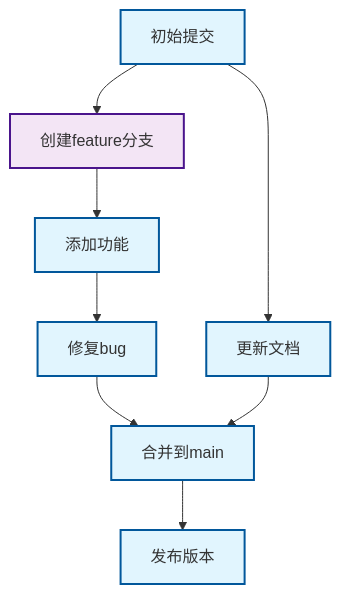
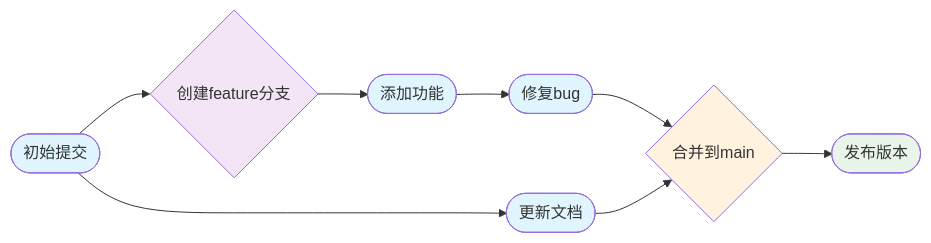
Before and after one commit to ChenHaoTech/chenhaoTec: the third of 7 diagrams in content/test/test-mermaid.md, drawn with Mermaid.

Commit message:
再次修复Git图语法 - 使用flowchart LR
- 改用flowchart LR语法替代graph TD
- 使用圆形和菱形节点表示不同类型的操作
- 添加颜色样式区分提交、分支、合并操作
- 确保与Mermaid v11.4.0完全兼容

🤖 Generated with [Claude Code](https://claude.com/claude-code)

````diff
--- a/content/test/test-mermaid.md
+++ b/content/test/test-mermaid.md
@@ -50,16 +50,18 @@
 ```mermaid
-graph TD
-    A[初始提交] --> B[更新文档]
-    A --> C[创建feature分支]
-    C --> D[添加功能]
-    D --> E[修复bug]
-    E --> F[合并到main]
+flowchart LR
+    A([初始提交]) --> B([更新文档])
+    A --> C{创建feature分支}
+    C --> D([添加功能])
+    D --> E([修复bug])
+    E --> F{合并到main}
     B --> F
-    F --> G[发布版本]
+    F --> G([发布版本])
 
-    classDef commitStyle fill:#e1f5fe,stroke:#01579b,stroke-width:2px
-    classDef branchStyle fill:#f3e5f5,stroke:#4a148c,stroke-width:2px
-
-    class A,B,D,E,F,G commitStyle
-    class C branchStyle
+    style A fill:#e1f5fe
+    style B fill:#e1f5fe
+    style D fill:#e1f5fe
+    style E fill:#e1f5fe
+    style F fill:#fff3e0
+    style G fill:#e8f5e8
+    style C fill:#f3e5f5
 ```
````
